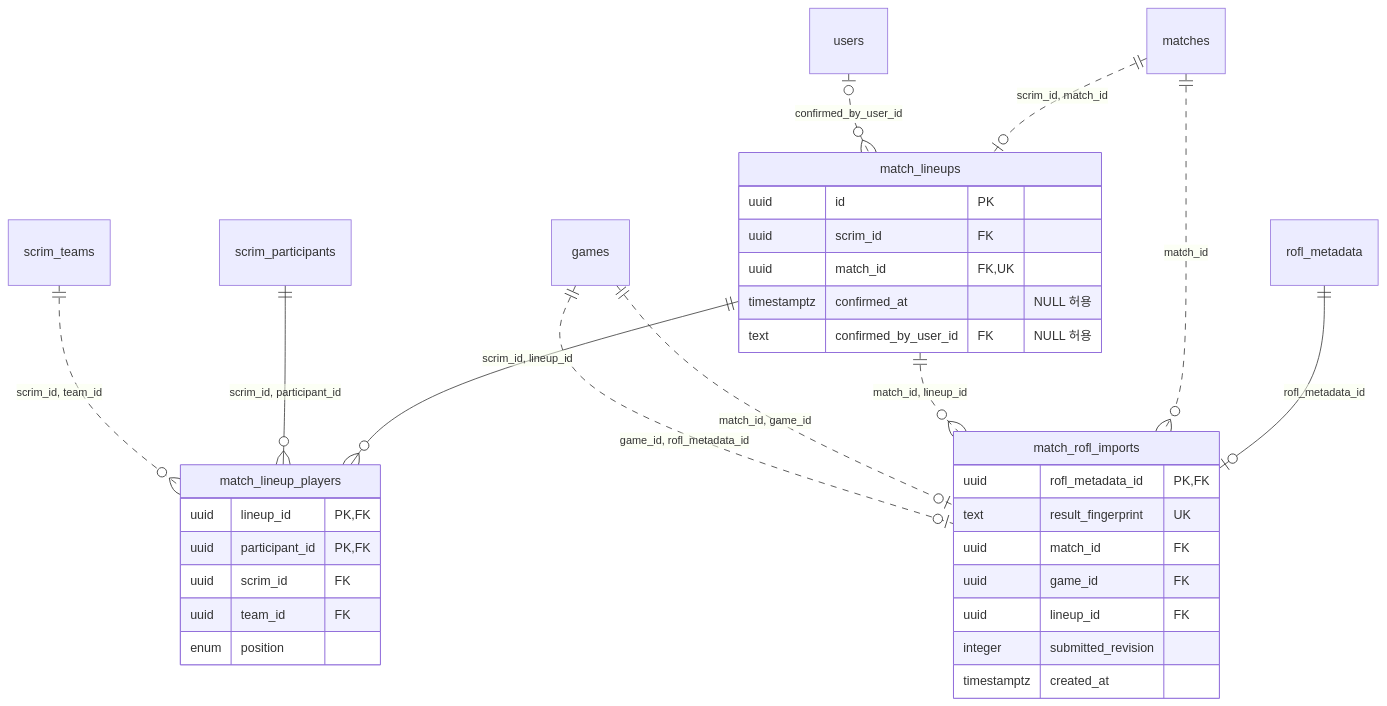
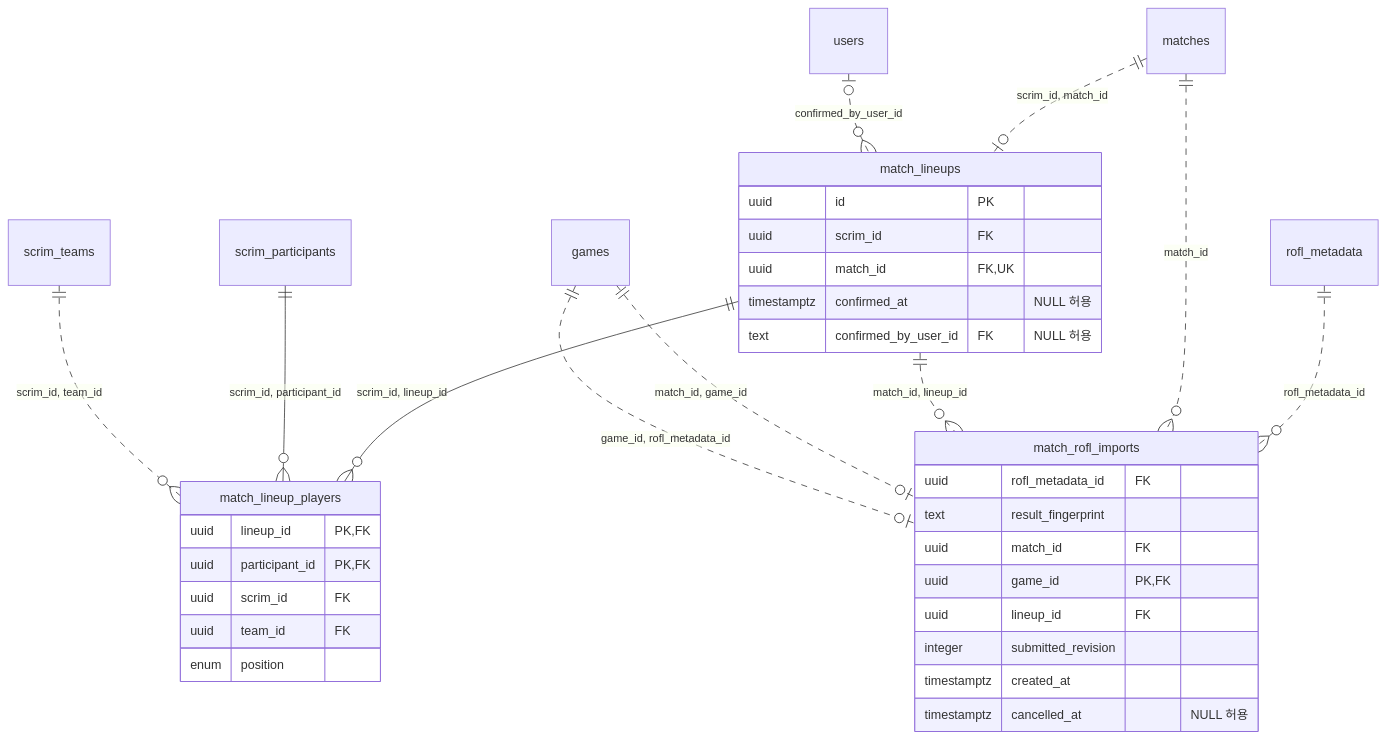
Before and after one commit to Longcat2957/MonkeyScrimManager2: the eighth of 9 diagrams in docs/database-erd.md, drawn with Mermaid. The commit also changed other lines of this file and 57 other files, not shown here.

````diff
--- a/docs/database-erd.md
+++ b/docs/database-erd.md
@@ -590,37 +591,38 @@
 ```mermaid
 erDiagram
     match_lineups {
         uuid id PK
         uuid scrim_id FK
         uuid match_id FK, UK
         timestamptz confirmed_at "NULL 허용"
         text confirmed_by_user_id FK "NULL 허용"
     }
     match_lineup_players {
         uuid lineup_id PK, FK
         uuid participant_id PK, FK
         uuid scrim_id FK
         uuid team_id FK
         enum position
     }
     match_rofl_imports {
-        uuid rofl_metadata_id PK, FK
-        text result_fingerprint UK
+        uuid rofl_metadata_id FK
+        text result_fingerprint
         uuid match_id FK
-        uuid game_id FK
+        uuid game_id PK, FK
         uuid lineup_id FK
         integer submitted_revision
         timestamptz created_at
+        timestamptz cancelled_at "NULL 허용"
     }
 
     matches ||..o| match_lineups : "scrim_id, match_id"
     users |o..o{ match_lineups : confirmed_by_user_id
     match_lineups ||--o{ match_lineup_players : "scrim_id, lineup_id"
     scrim_participants ||--o{ match_lineup_players : "scrim_id, participant_id"
     scrim_teams ||..o{ match_lineup_players : "scrim_id, team_id"
-    rofl_metadata ||--o| match_rofl_imports : rofl_metadata_id
+    rofl_metadata ||..o{ match_rofl_imports : rofl_metadata_id
     matches ||..o{ match_rofl_imports : match_id
     match_lineups ||..o{ match_rofl_imports : "match_id, lineup_id"
     games ||..o| match_rofl_imports : "match_id, game_id"
     games ||..o| match_rofl_imports : "game_id, rofl_metadata_id"
 ```
````
